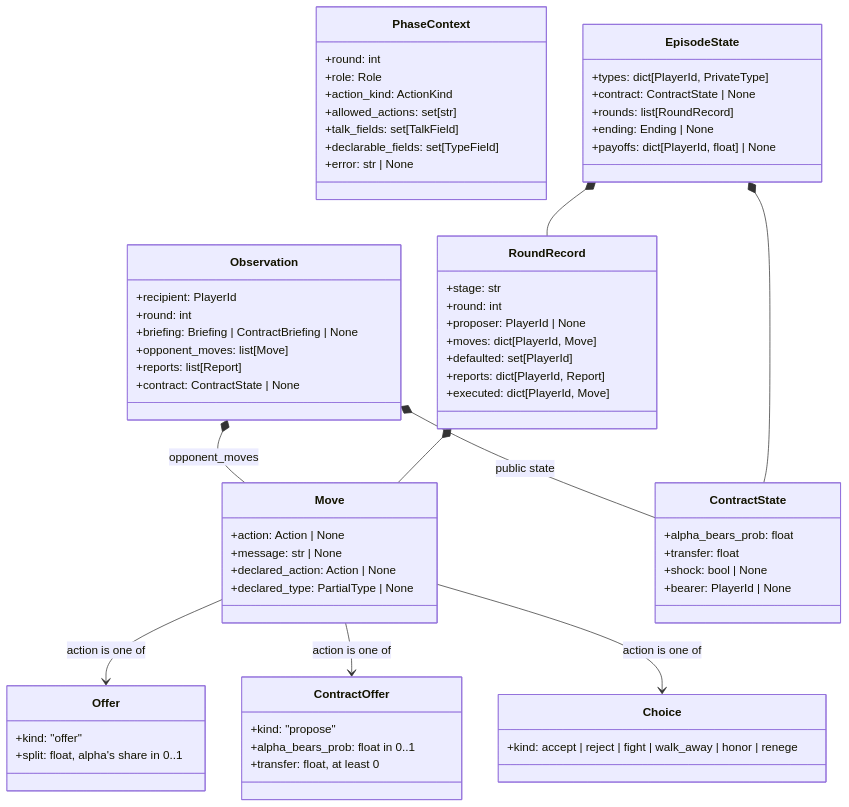
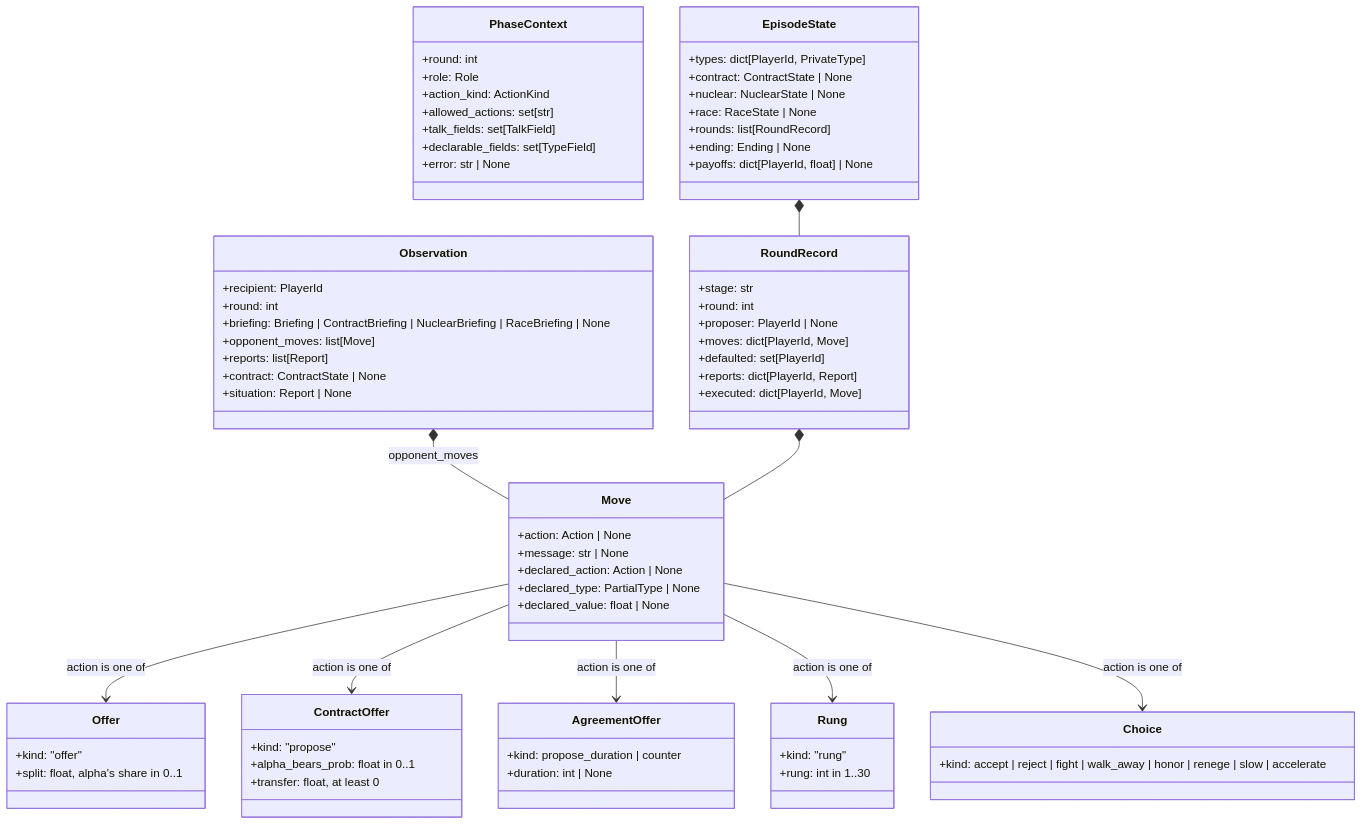
One commit to CarlosGIbanez/SPAR-Harness-Strategic-Interaction-Agents changed the fourth of 15 diagrams in docs/architecture.md. Above: the diagram before and after it, drawn with Mermaid. The commit also changed other lines of this file and 1 other file, not shown here.

Commit message:
Update README and architecture.md to reflect new unification

````diff
--- a/docs/architecture.md
+++ b/docs/architecture.md
@@ -188,68 +195,74 @@
 ```mermaid
 classDiagram
     class Move {
         +action: Action | None
         +message: str | None
         +declared_action: Action | None
         +declared_type: PartialType | None
+        +declared_value: float | None
     }
     class Offer {
         +kind: "offer"
         +split: float, alpha's share in 0..1
     }
     class ContractOffer {
         +kind: "propose"
         +alpha_bears_prob: float in 0..1
         +transfer: float, at least 0
     }
+    class AgreementOffer {
+        +kind: propose_duration | counter
+        +duration: int | None
+    }
+    class Rung {
+        +kind: "rung"
+        +rung: int in 1..30
+    }
     class Choice {
-        +kind: accept | reject | fight | walk_away | honor | renege
+        +kind: accept | reject | fight | walk_away | honor | renege | slow | accelerate
     }
     class Observation {
         +recipient: PlayerId
         +round: int
-        +briefing: Briefing | ContractBriefing | None
+        +briefing: Briefing | ContractBriefing | NuclearBriefing | RaceBriefing | None
         +opponent_moves: list[Move]
         +reports: list[Report]
         +contract: ContractState | None
-    }
-    class ContractState {
-        +alpha_bears_prob: float
-        +transfer: float
-        +shock: bool | None
-        +bearer: PlayerId | None
+        +situation: Report | None
     }
     class PhaseContext {
         +round: int
         +role: Role
         +action_kind: ActionKind
         +allowed_actions: set[str]
         +talk_fields: set[TalkField]
         +declarable_fields: set[TypeField]
         +error: str | None
     }
     class RoundRecord {
         +stage: str
         +round: int
         +proposer: PlayerId | None
         +moves: dict[PlayerId, Move]
         +defaulted: set[PlayerId]
         +reports: dict[PlayerId, Report]
         +executed: dict[PlayerId, Move]
     }
     class EpisodeState {
         +types: dict[PlayerId, PrivateType]
         +contract: ContractState | None
+        +nuclear: NuclearState | None
+        +race: RaceState | None
         +rounds: list[RoundRecord]
         +ending: Ending | None
         +payoffs: dict[PlayerId, float] | None
     }
     Move --> Offer : action is one of
     Move --> ContractOffer : action is one of
+    Move --> AgreementOffer : action is one of
+    Move --> Rung : action is one of
     Move --> Choice : action is one of
     Observation *-- Move : opponent_moves
-    Observation *-- ContractState : public state
     EpisodeState *-- RoundRecord
-    EpisodeState *-- ContractState
     RoundRecord *-- Move
 ```
````
